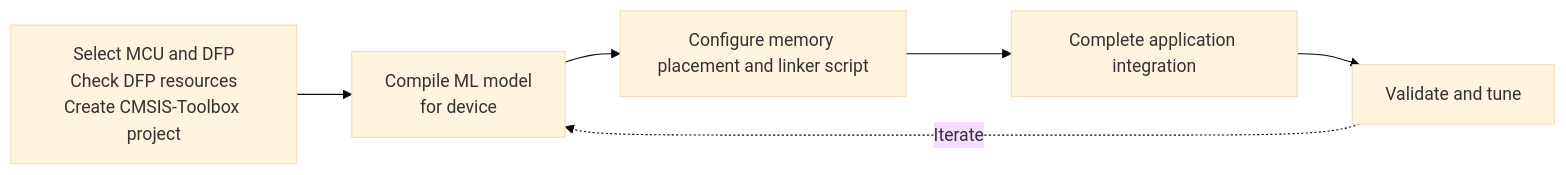
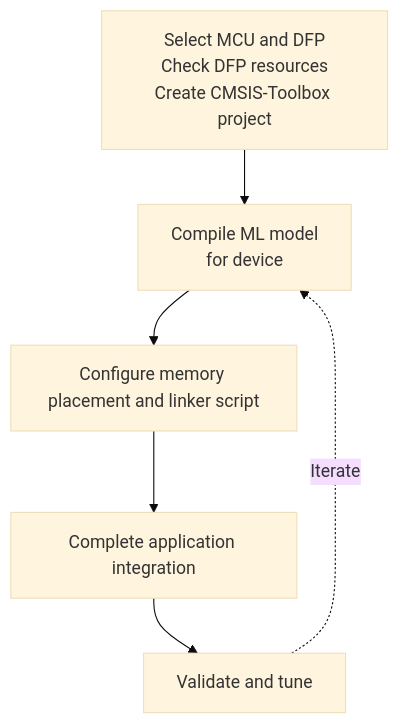
The first of 3 diagrams in documentation/doxygen/integration/src/main.md (ARM-software/CMSIS-Ethos-U), drawn with Mermaid (base theme) before and after one commit. The commit also changed other lines of this file and 164 other files, not shown here.

````diff
--- a/documentation/doxygen/integration/src/main.md
+++ b/documentation/doxygen/integration/src/main.md
@@ -47,8 +45,8 @@
 ```mermaid
-flowchart LR
+flowchart TD
     setup["Select MCU and DFP<br/>Check DFP resources<br/>Create CMSIS-Toolbox project"] --> compile["Compile ML model<br/>for device"]
     compile --> configure["Configure memory placement and linker script"]
     configure --> integrate["Complete application integration"]
     integrate --> validate["Validate and tune"]
     validate -. Iterate .-> compile
 ```
````
